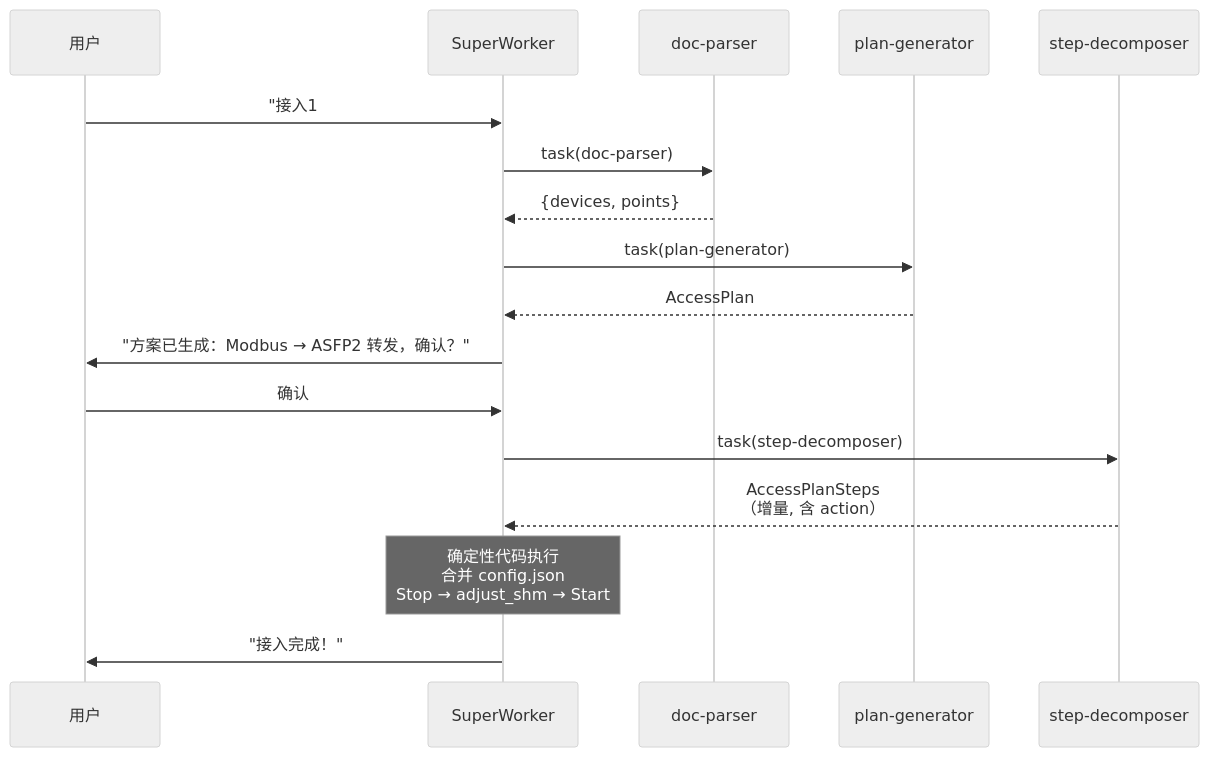
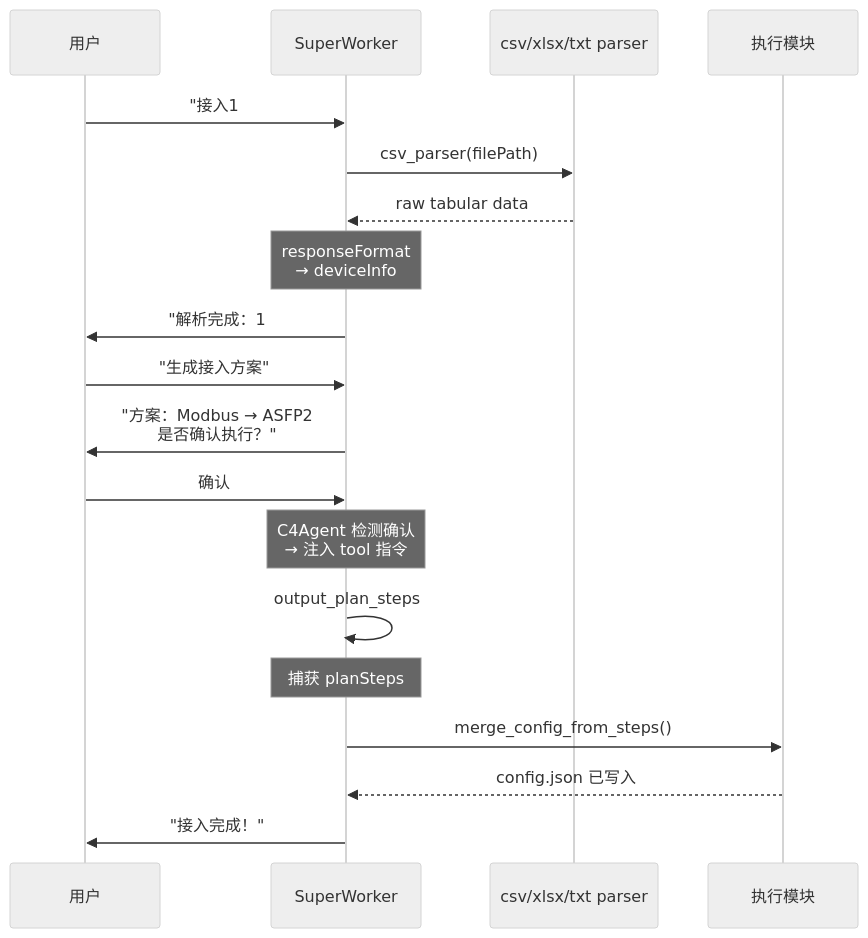
Before and after one commit to activesys/c4: the first of 4 diagrams in docs/design/agent.md, drawn with Mermaid (neutral theme). The commit also changed other lines of this file and 1 other file, not shown here.

Commit message:
docs(agent): update architecture to v0.4.0 — flat tools vs subagents target

````diff
--- a/docs/design/agent.md
+++ b/docs/design/agent.md
@@ -249,24 +244,26 @@
 ```mermaid
 sequenceDiagram
     participant U as 用户
-    participant C as SuperWorker
-    participant DP as doc-parser
-    participant PG as plan-generator
-    participant SD as step-decomposer
+    participant SW as SuperWorker
+    participant Tool as csv/xlsx/txt parser
+    participant Exec as 执行模块
 
-    U->>C: "接入1#风机" + 上传 Excel
-    C->>DP: task(doc-parser)
-    DP-->>C: {devices, points}
+    U->>SW: "接入1#风机" + 上传 CSV
+    SW->>Tool: csv_parser(filePath)
+    Tool-->>SW: raw tabular data
+    Note over SW: responseFormat<br/>→ deviceInfo
 
-    C->>PG: task(plan-generator)
-    PG-->>C: AccessPlan
+    SW->>U: "解析完成：1#风机<br/>Modbus TCP, 5个数据点<br/>是否生成方案？"
 
-    C->>U: "方案已生成：Modbus → ASFP2 转发，确认？"
-    U->>C: 确认
+    U->>SW: "生成接入方案"
+    SW->>U: "方案：Modbus → ASFP2<br/>是否确认执行？"
 
-    C->>SD: task(step-decomposer)
-    SD-->>C: AccessPlanSteps<br/>（增量, 含 action）
-    Note over C: 确定性代码执行<br/>合并 config.json<br/>Stop → adjust_shm → Start
+    U->>SW: 确认
+    Note over SW: C4Agent 检测确认<br/>→ 注入 tool 指令
+    SW->>SW: output_plan_steps
+    Note over SW: 捕获 planSteps
+    SW->>Exec: merge_config_from_steps()
+    Exec-->>SW: config.json 已写入
 
-    C->>U: "接入完成！"
+    SW->>U: "接入完成！"
 ```
````
